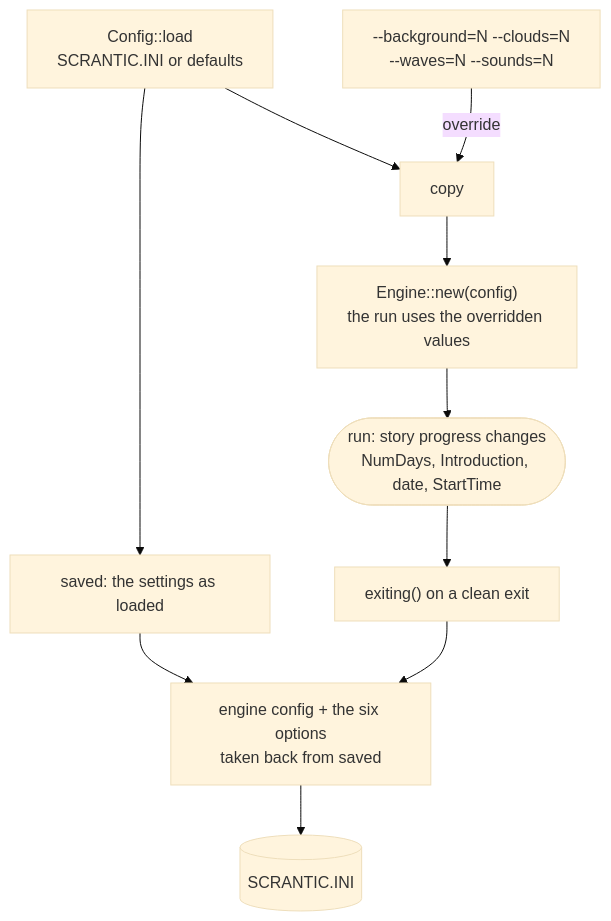
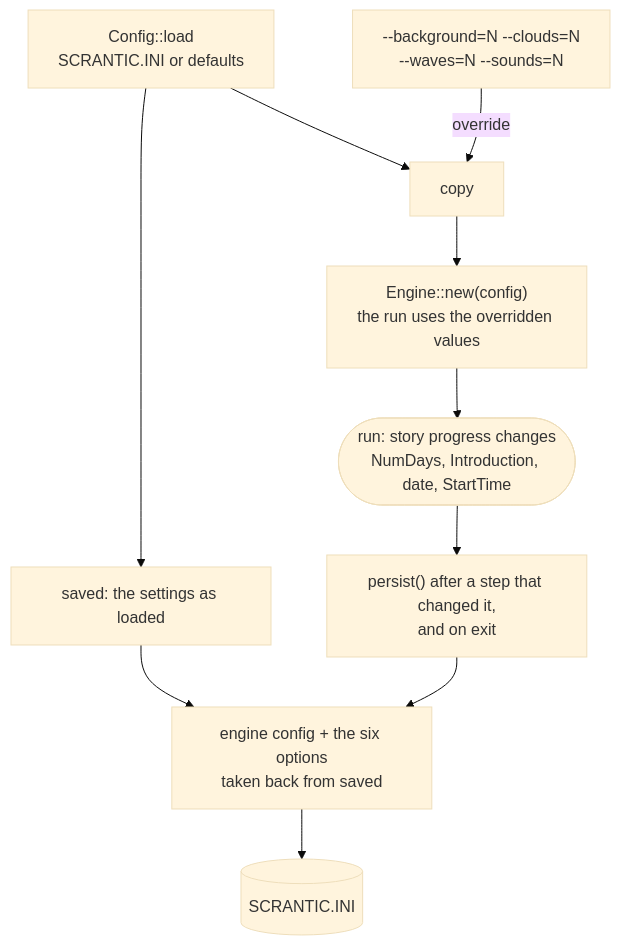
Diagram 13 of 13 in docs/DIAGRAMS.md (glauberlima/open-scrantic), drawn with Mermaid (base theme) before and after one commit. The commit also changed other lines of this file and 5 other files, not shown here.

````diff
--- a/docs/DIAGRAMS.md
+++ b/docs/DIAGRAMS.md
@@ -351,13 +351,13 @@
 ```mermaid
 flowchart TD
     L["Config::load<br/>SCRANTIC.INI or defaults"] --> SV["saved: the settings as loaded"]
     L --> CP["copy"]
     CLI["--background=N --clouds=N<br/>--waves=N --sounds=N"] -->|"override"| CP
     CP --> ENG["Engine::new(config)<br/>the run uses the overridden values"]
 
     ENG --> RUN(["run: story progress changes<br/>NumDays, Introduction, date, StartTime"])
-    RUN --> EXIT["exiting() on a clean exit"]
+    RUN --> EXIT["persist() after a step that changed it,<br/>and on exit"]
     EXIT --> W["engine config + the six options<br/>taken back from saved"]
     SV --> W
     W --> FILE[("SCRANTIC.INI")]
 ```
````
